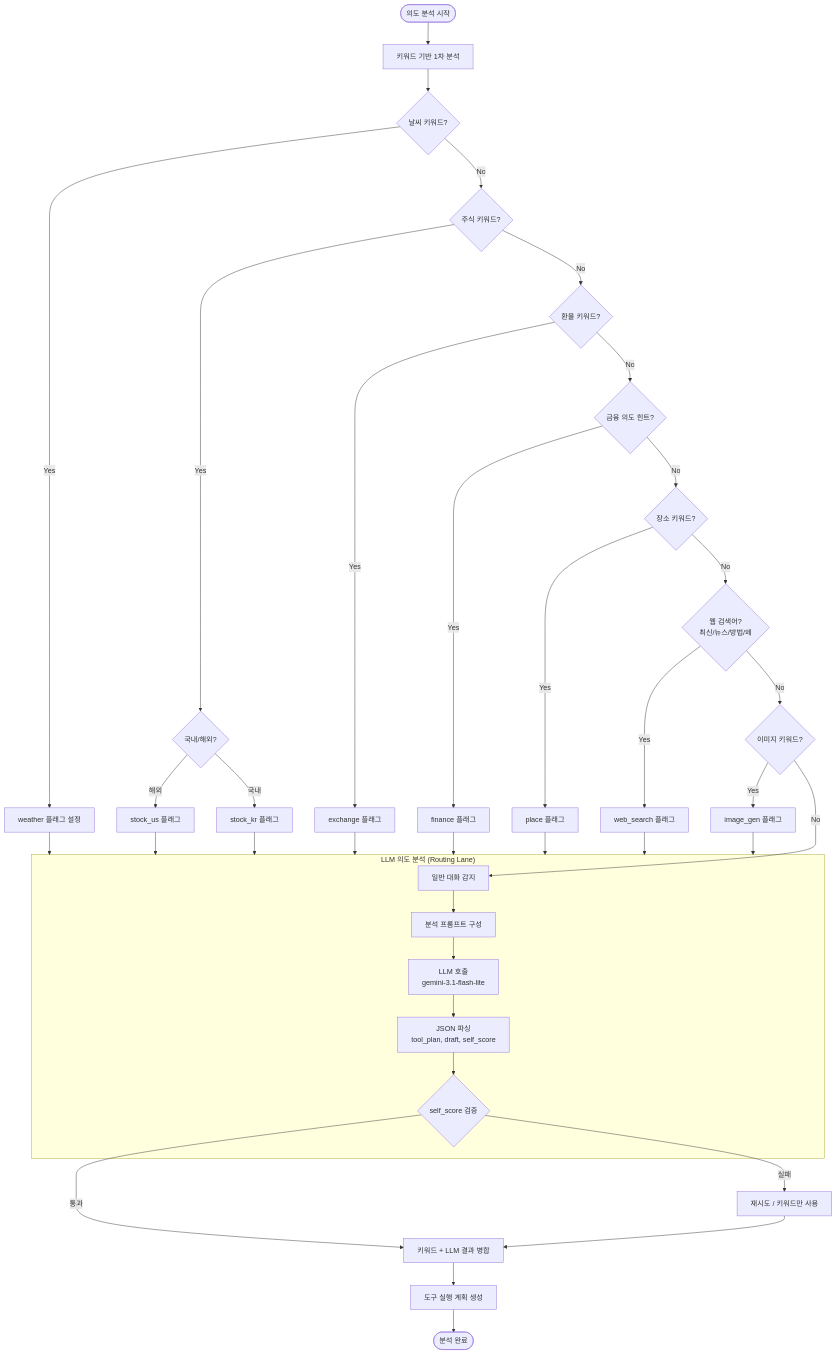
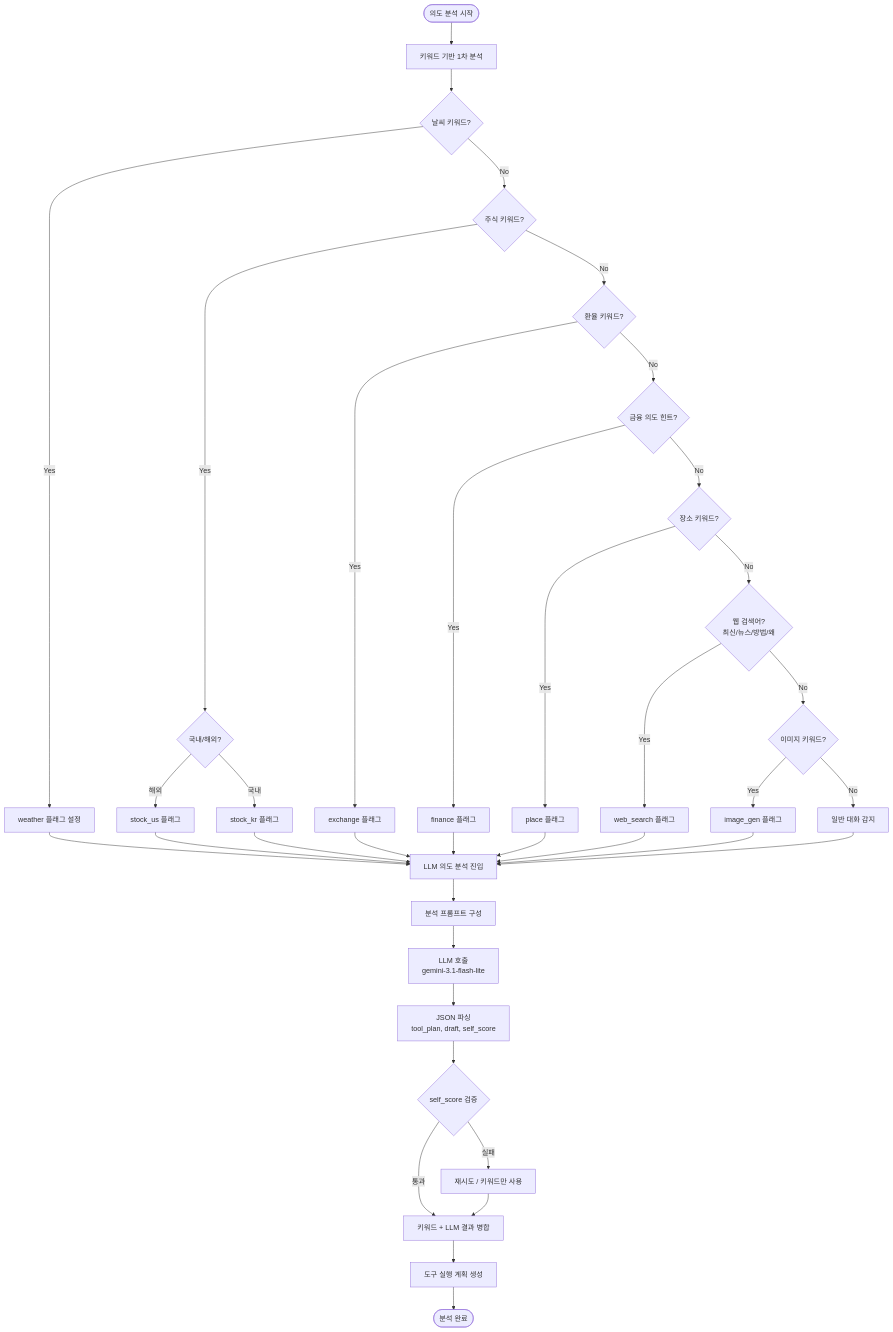
One commit to kim0040/masamong changed diagram 12 of 17 in docs/UML_SPEC.md. Above: the diagram before and after it, drawn with Mermaid. The commit also changed 2 other files, not shown here.

Commit message:
fix: resolve Mermaid rendering errors in component dependency and activity diagrams
- ARCHITECTURE.md/.en.md: fix colon edge label syntax
  (-->, Node : label) -> (-->|"label"| Node)
- UML_SPEC.md: remove cross-subgraph edges in 6.2 activity diagram
  (edges crossing subgraph boundaries cause parse failures)

````diff
--- a/docs/UML_SPEC.md
+++ b/docs/UML_SPEC.md
@@ -777,51 +777,50 @@
 ```mermaid
 flowchart TD
     Start([의도 분석 시작]) --> KeywordMatch[키워드 기반 1차 분석]
     
     KeywordMatch --> CheckWeather{날씨 키워드?}
     CheckWeather -->|Yes| MarkWeather[weather 플래그 설정]
     CheckWeather -->|No| CheckStock{주식 키워드?}
     
     CheckStock -->|Yes| ClassifyStock{국내/해외?}
     ClassifyStock -->|해외| MarkUS[stock_us 플래그]
     ClassifyStock -->|국내| MarkKR[stock_kr 플래그]
     
     CheckStock -->|No| CheckExchange{환율 키워드?}
     CheckExchange -->|Yes| MarkExchange[exchange 플래그]
     CheckExchange -->|No| CheckFinance{금융 의도 힌트?}
     
     CheckFinance -->|Yes| MarkFinance[finance 플래그]
     CheckFinance -->|No| CheckPlace{장소 키워드?}
     
     CheckPlace -->|Yes| MarkPlace[place 플래그]
     CheckPlace -->|No| CheckWebSearch{웹 검색어?<br/>최신/뉴스/방법/왜}
     
     CheckWebSearch -->|Yes| MarkWeb[web_search 플래그]
     CheckWebSearch -->|No| CheckImage{이미지 키워드?}
     
     CheckImage -->|Yes| MarkImage[image_gen 플래그]
-    CheckImage -->|No| CheckGeneral
+    CheckImage -->|No| CheckGeneral[일반 대화 감지]
 
-    MarkWeather --> LLMAnalysis
-    MarkUS --> LLMAnalysis
-    MarkKR --> LLMAnalysis
-    MarkExchange --> LLMAnalysis
-    MarkFinance --> LLMAnalysis
-    MarkPlace --> LLMAnalysis
-    MarkWeb --> LLMAnalysis
-    MarkImage --> LLMAnalysis
+    MarkWeather --> LLMEntry[LLM 의도 분석 진입]
+    MarkUS --> LLMEntry
+    MarkKR --> LLMEntry
+    MarkExchange --> LLMEntry
+    MarkFinance --> LLMEntry
+    MarkPlace --> LLMEntry
+    MarkWeb --> LLMEntry
+    MarkImage --> LLMEntry
+    CheckGeneral --> LLMEntry
 
-    subgraph LLMAnalysis["LLM 의도 분석 (Routing Lane)"]
-        CheckGeneral[일반 대화 감지] --> BuildPrompt2[분석 프롬프트 구성]
-        BuildPrompt2 --> CallLLM[LLM 호출<br/>gemini-3.1-flash-lite]
-        CallLLM --> ParseJSON[JSON 파싱<br/>tool_plan, draft, self_score]
-        ParseJSON --> ValidateScore{self_score 검증}
-    end
+    LLMEntry --> BuildPrompt2[분석 프롬프트 구성]
+    BuildPrompt2 --> CallLLM[LLM 호출<br/>gemini-3.1-flash-lite]
+    CallLLM --> ParseJSON[JSON 파싱<br/>tool_plan, draft, self_score]
+    ParseJSON --> ValidateScore{self_score 검증}
 
     ValidateScore -->|통과| MergeIntent[키워드 + LLM 결과 병합]
     ValidateScore -->|실패| RetryLLM[재시도 / 키워드만 사용]
     RetryLLM --> MergeIntent
 
     MergeIntent --> BuildPlan[도구 실행 계획 생성]
     BuildPlan --> End([분석 완료])
 ```
````
